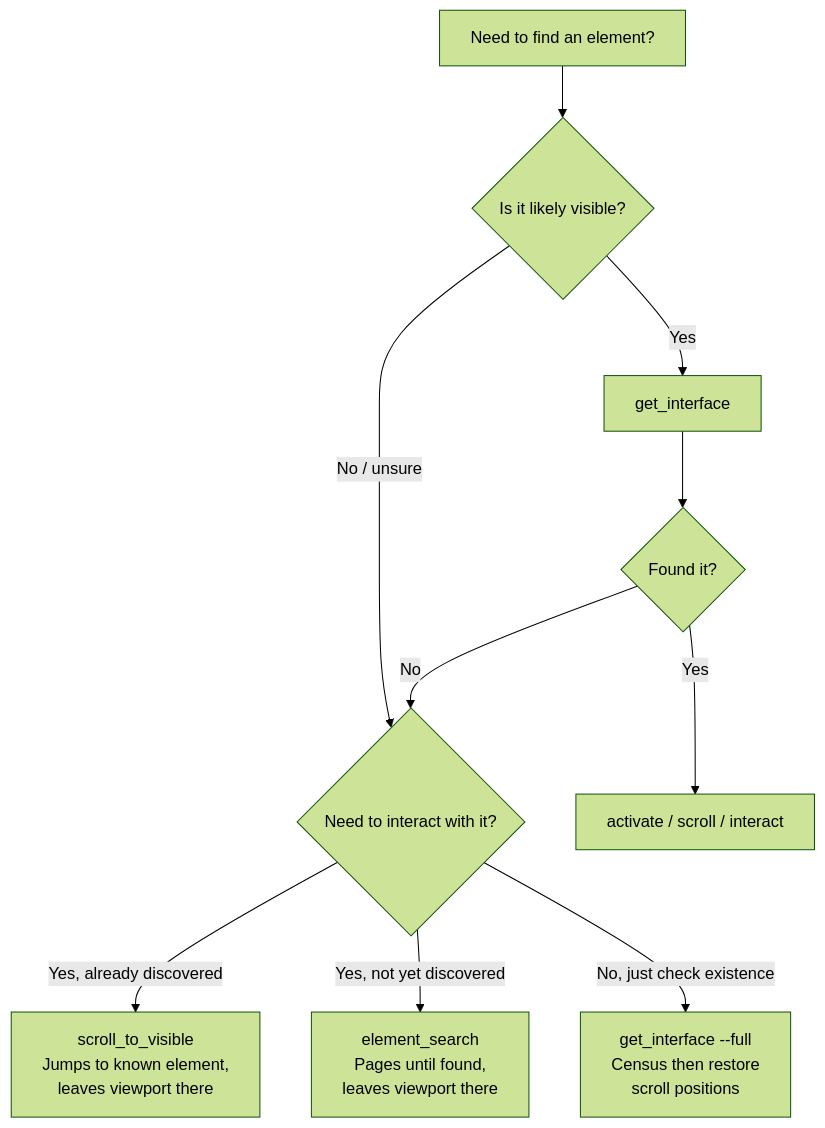
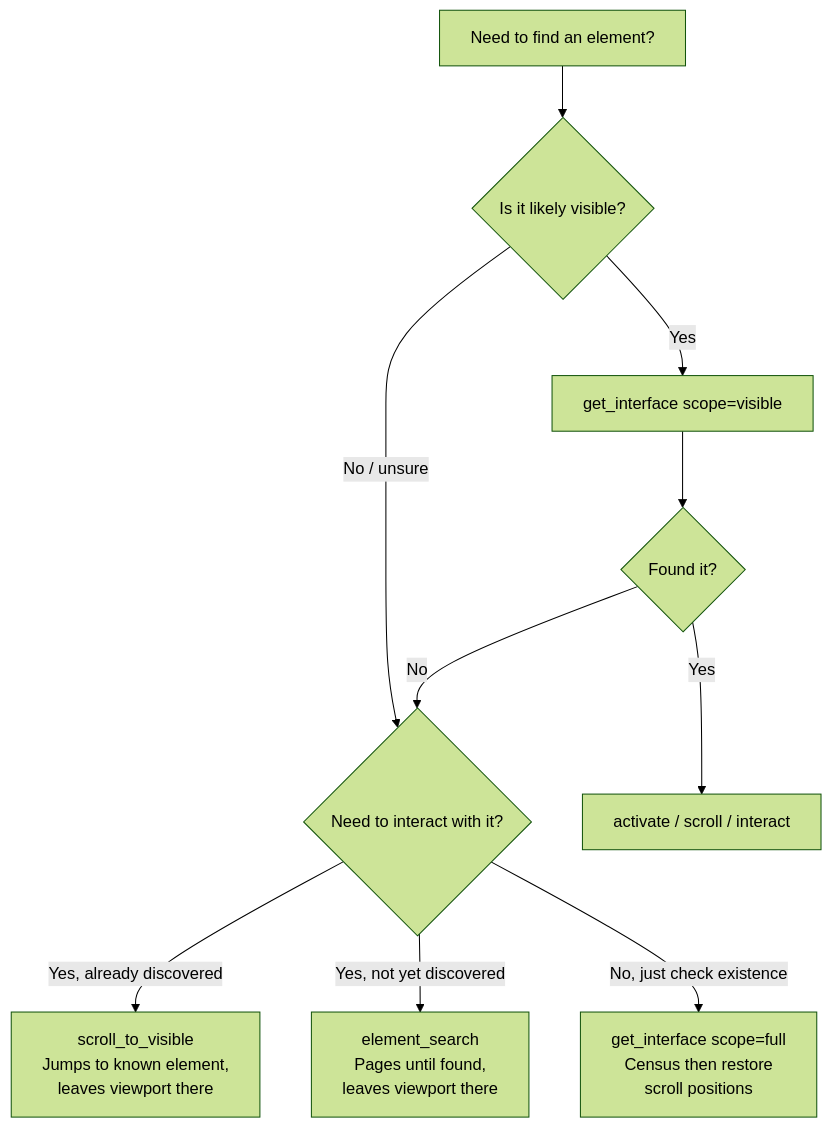
The third of 5 diagrams in docs/WIRE-PROTOCOL.md (RoyalPineapple/TheButtonHeist), drawn with Mermaid (forest theme) before and after one commit. The commit also changed other lines of this file and 13 other files, not shown here.

Commit message:
Add get_interface scope semantics

````diff
--- a/docs/WIRE-PROTOCOL.md
+++ b/docs/WIRE-PROTOCOL.md
@@ -953,12 +953,12 @@
 ```mermaid
 flowchart TD
     A[Need to find an element?] --> B{Is it likely visible?}
-    B -->|Yes| C[get_interface]
+    B -->|Yes| C[get_interface scope=visible]
     B -->|No / unsure| D{Need to interact with it?}
     D -->|Yes, already discovered| E[scroll_to_visible<br>Jumps to known element,<br>leaves viewport there]
     D -->|Yes, not yet discovered| I[element_search<br>Pages until found,<br>leaves viewport there]
-    D -->|No, just check existence| F[get_interface --full<br>Census then restore<br>scroll positions]
+    D -->|No, just check existence| F[get_interface scope=full<br>Census then restore<br>scroll positions]
     C --> G{Found it?}
     G -->|Yes| H[activate / scroll / interact]
     G -->|No| D
 ```
````
